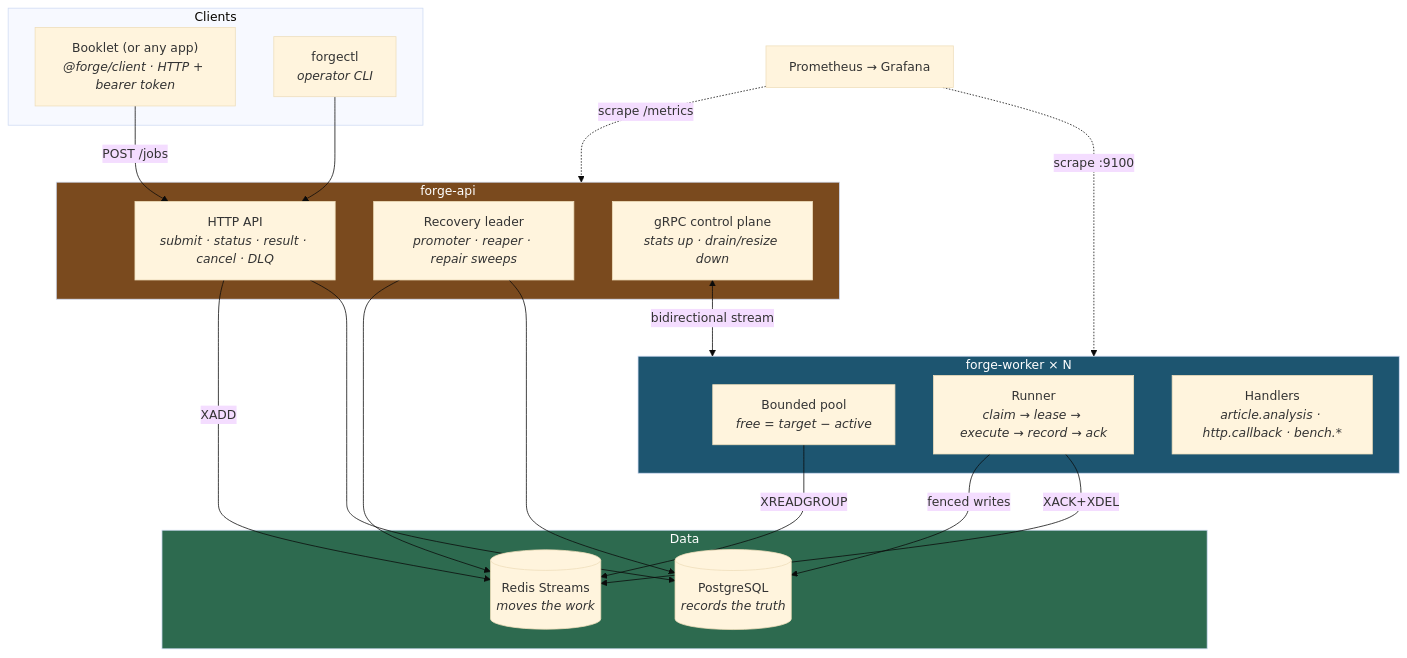
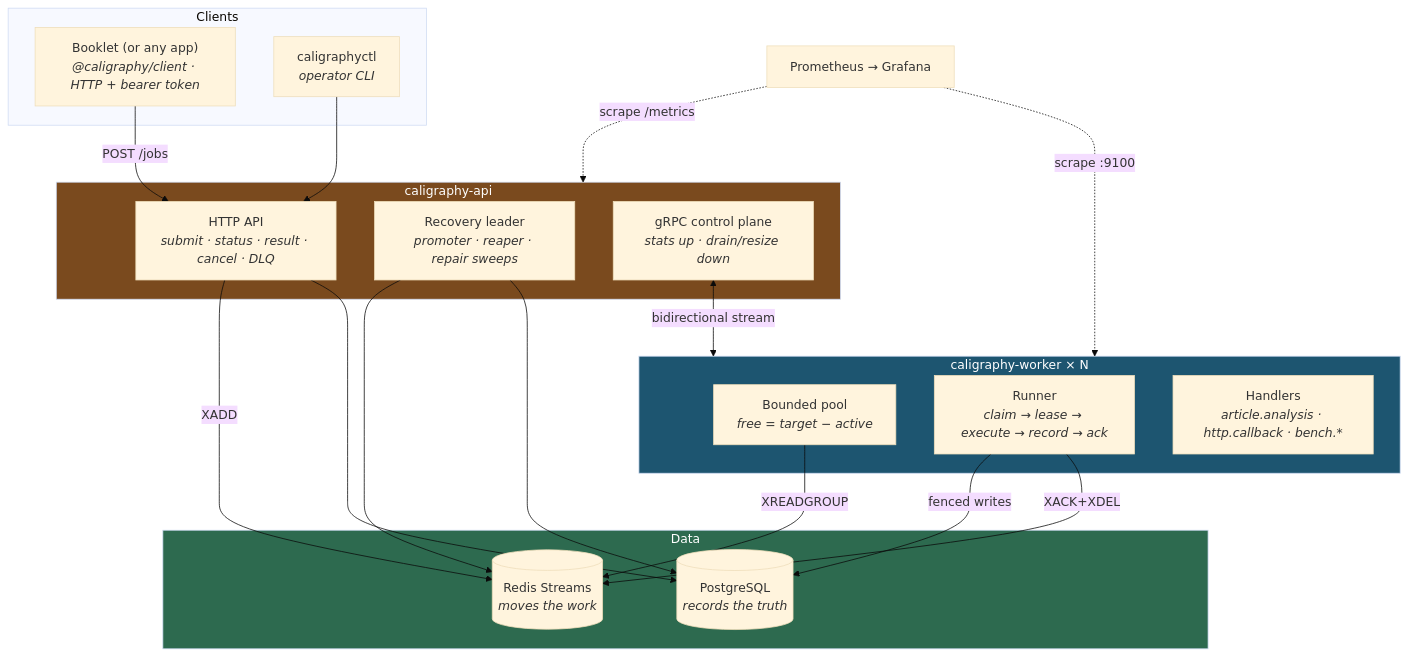
The second of 3 diagrams in README.md (jguapp/Calligraphy), drawn with Mermaid (base theme) before and after one commit. The commit also changed other lines of this file and 7 other files, not shown here.

First line of the commit message:
rename: Caligraphy takes over the story -- README, docs, client, and a new mark

````diff
--- a/README.md
+++ b/README.md
@@ -198,43 +198,43 @@
 ```mermaid
 graph TB
     subgraph Clients
-        BK["Booklet (or any app)<br/><i>@forge/client · HTTP + bearer token</i>"]
-        CTL["forgectl<br/><i>operator CLI</i>"]
+        BK["Booklet (or any app)<br/><i>@caligraphy/client · HTTP + bearer token</i>"]
+        CTL["caligraphyctl<br/><i>operator CLI</i>"]
     end
 
-    subgraph API["forge-api"]
+    subgraph API["caligraphy-api"]
         HTTP["HTTP API<br/><i>submit · status · result · cancel · DLQ</i>"]
         REC["Recovery leader<br/><i>promoter · reaper · repair sweeps</i>"]
         GRPC["gRPC control plane<br/><i>stats up · drain/resize down</i>"]
     end
 
-    subgraph Workers["forge-worker × N"]
+    subgraph Workers["caligraphy-worker × N"]
         POOL["Bounded pool<br/><i>free = target − active</i>"]
         RUN["Runner<br/><i>claim → lease → execute → record → ack</i>"]
         H["Handlers<br/><i>article.analysis · http.callback · bench.*</i>"]
     end
 
     subgraph Data
         R[("Redis Streams<br/><i>moves the work</i>")]
         PG[("PostgreSQL<br/><i>records the truth</i>")]
     end
 
     OBS["Prometheus → Grafana"]
 
     BK -->|POST /jobs| HTTP
     CTL --> HTTP
     HTTP -->|XADD| R
     HTTP --> PG
     POOL -->|XREADGROUP| R
     RUN -->|fenced writes| PG
     RUN -->|XACK+XDEL| R
     REC --> R
     REC --> PG
     GRPC <-->|bidirectional stream| Workers
     OBS -.->|scrape /metrics| API
     OBS -.->|scrape :9100| Workers
 
     style API fill:#7a4a1e,color:#fff
     style Workers fill:#1d5570,color:#fff
     style Data fill:#2d6a4f,color:#fff
 ```
````
